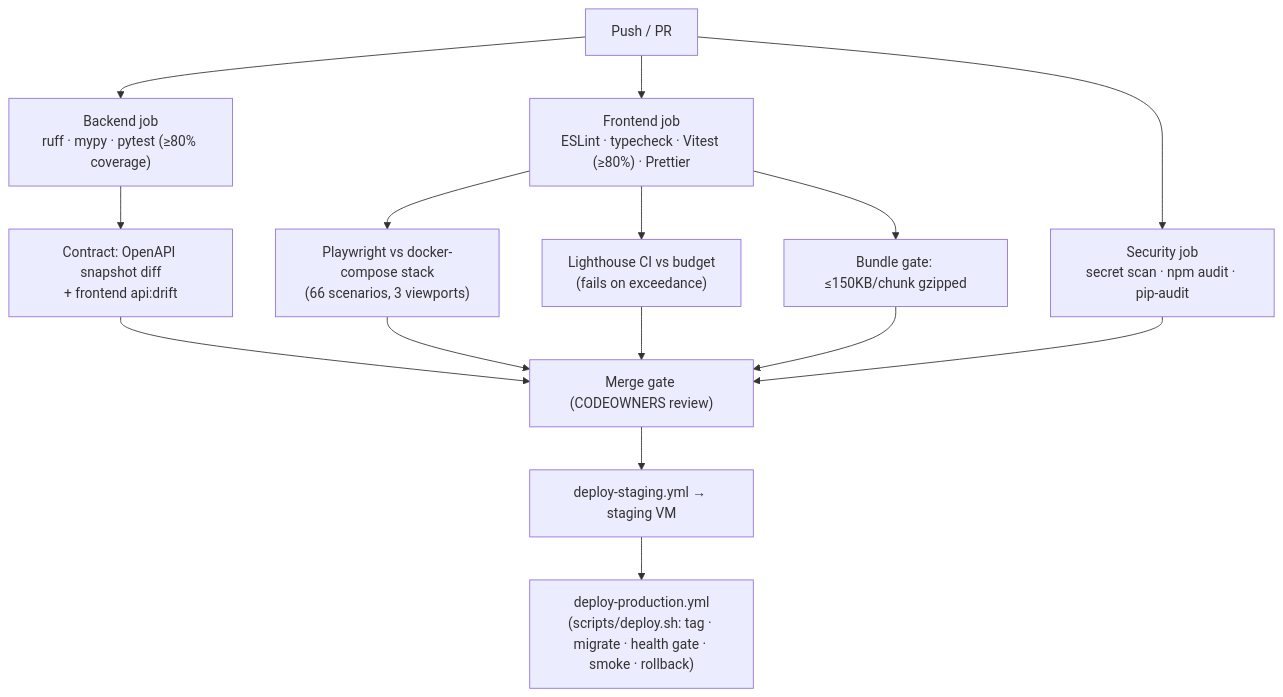
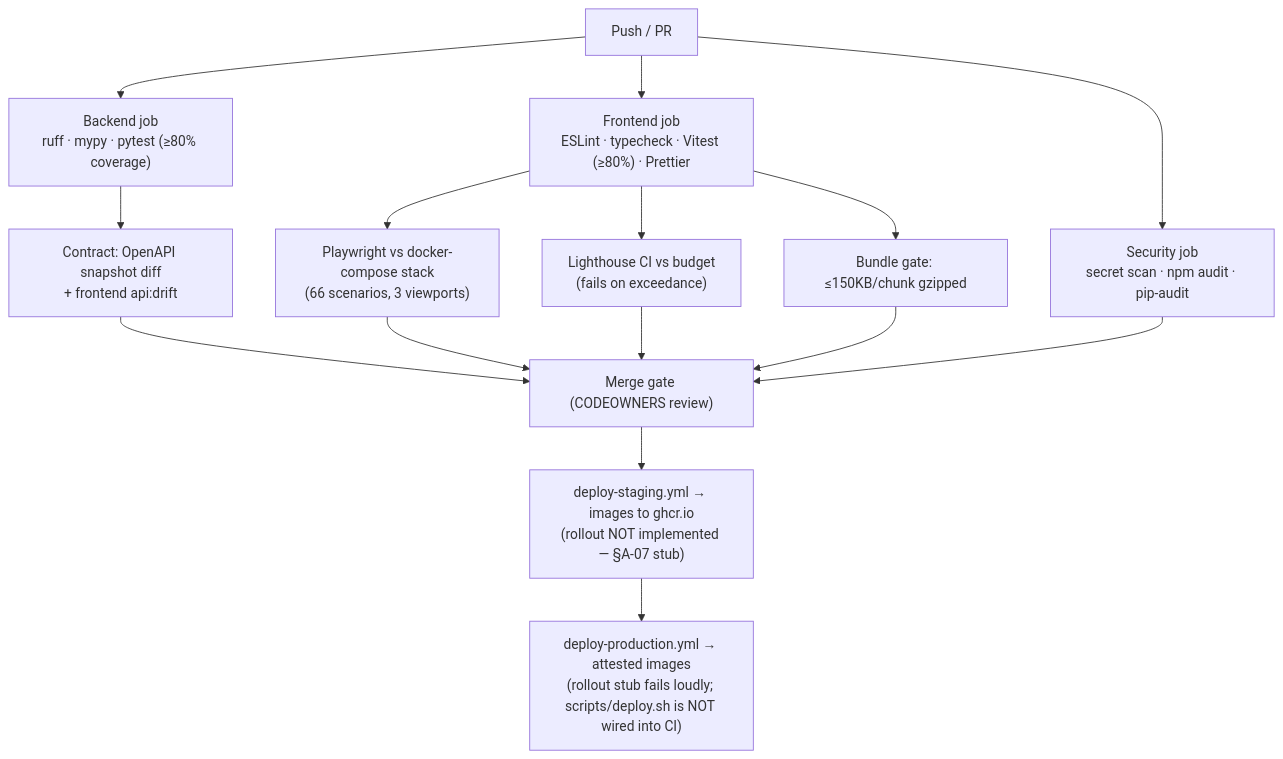
One commit to jolarca-dev/jolarca changed the diagram in docs/TESTING_STRATEGY.md. Above: the diagram before and after it, drawn with Mermaid. The commit also changed 6 other files, not shown here.

First line of the commit message:
fix(ci): staging rollout stub warns instead of failing, and stops faking deployments (#170)

````diff
--- a/docs/TESTING_STRATEGY.md
+++ b/docs/TESTING_STRATEGY.md
@@ -54,17 +54,17 @@
 ```mermaid
 flowchart TD
     PR["Push / PR"] --> BE["Backend job<br/>ruff · mypy · pytest (≥80% coverage)"]
     PR --> FE["Frontend job<br/>ESLint · typecheck · Vitest (≥80%) · Prettier"]
     PR --> SEC["Security job<br/>secret scan · npm audit · pip-audit"]
     BE --> CT["Contract: OpenAPI snapshot diff<br/>+ frontend api:drift"]
     FE --> E2E["Playwright vs docker-compose stack<br/>(66 scenarios, 3 viewports)"]
     FE --> LH["Lighthouse CI vs budget<br/>(fails on exceedance)"]
     FE --> BA["Bundle gate: ≤150KB/chunk gzipped"]
     CT --> MERGE["Merge gate (CODEOWNERS review)"]
     E2E --> MERGE
     LH --> MERGE
     BA --> MERGE
     SEC --> MERGE
-    MERGE --> STG["deploy-staging.yml → staging VM"]
-    STG --> PROD["deploy-production.yml<br/>(scripts/deploy.sh: tag · migrate · health gate · smoke · rollback)"]
+    MERGE --> STG["deploy-staging.yml → images to ghcr.io<br/>(rollout NOT implemented — §A-07 stub)"]
+    STG --> PROD["deploy-production.yml → attested images<br/>(rollout stub fails loudly; scripts/deploy.sh is NOT wired into CI)"]
 ```
````
